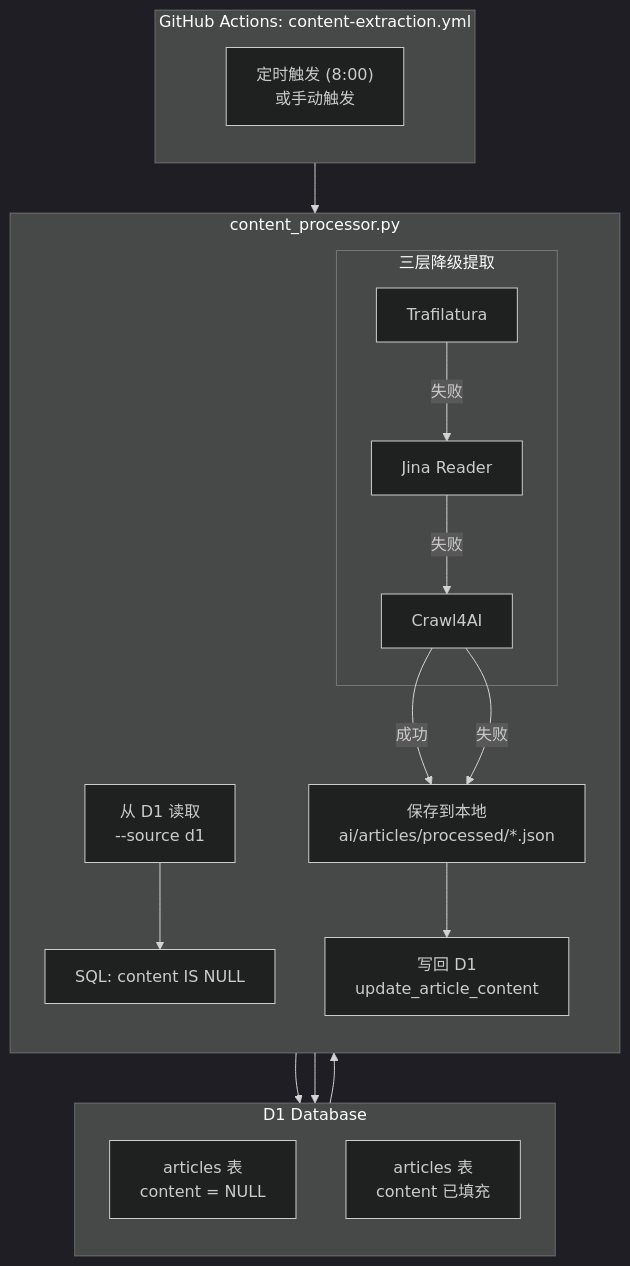
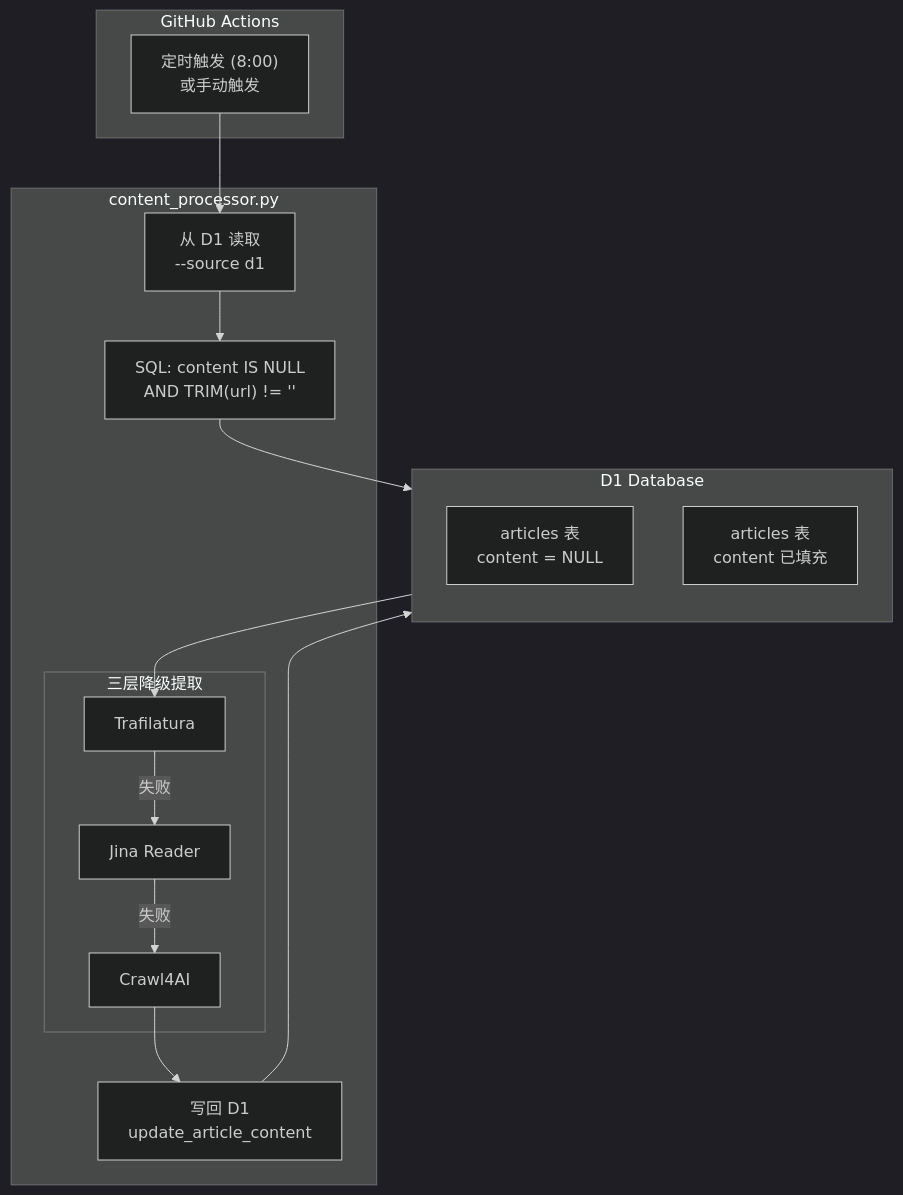
The first of 3 diagrams in docs/CONTENT_PIPELINE_FLOW.md (xxl115/ai-daily-collector), drawn with Mermaid (dark theme) before and after one commit. The commit also changed other lines of this file, not shown here.

Commit message:
docs: update content pipeline flow documentation

````diff
--- a/docs/CONTENT_PIPELINE_FLOW.md
+++ b/docs/CONTENT_PIPELINE_FLOW.md
@@ -5,41 +7,36 @@
 ```mermaid
 flowchart TB
     subgraph D1["D1 Database"]
         direction TB
         D1_Articles["articles 表<br/>content = NULL"]
         D1_Extracted["articles 表<br/>content 已填充"]
     end
 
-    subgraph Workflow["GitHub Actions: content-extraction.yml"]
-        direction TB
+    subgraph Workflow["GitHub Actions"]
         Trigger["定时触发 (8:00)<br/>或手动触发"]
     end
 
     subgraph Processor["content_processor.py"]
-        direction TB
         ReadD1["从 D1 读取<br/>--source d1"]
-        Query["SQL: content IS NULL"]
+        Query["SQL: content IS NULL<br/>AND TRIM(url) != ''"]
         
         subgraph Extraction["三层降级提取"]
             Trafilatura["Trafilatura"]
             Jina["Jina Reader"]
             Crawl4AI["Crawl4AI"]
         end
         
-        SaveLocal["保存到本地<br/>ai/articles/processed/*.json"]
         SaveD1["写回 D1<br/>update_article_content"]
     end
 
     Trigger --> ReadD1
     ReadD1 --> Query
     Query --> D1_Articles
     D1_Articles --> Trafilatura
     
     Trafilatura -- 失败 --> Jina
     Jina -- 失败 --> Crawl4AI
-    Crawl4AI -- 成功 --> SaveLocal
-    Crawl4AI -- 失败 --> SaveLocal
+    Crawl4AI --> SaveD1
     
-    SaveLocal --> SaveD1
     SaveD1 --> D1_Extracted
 ```
````
